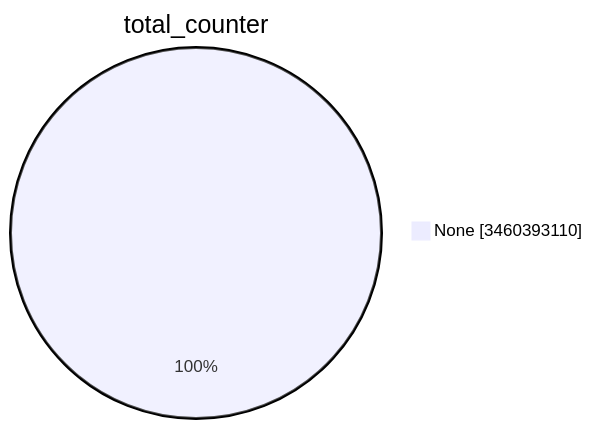
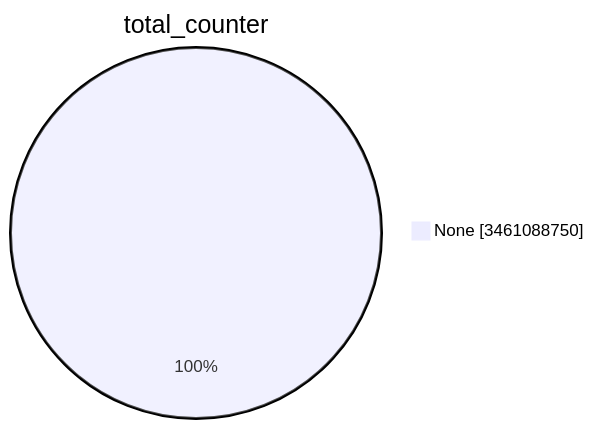
One commit to christiankrug/ctmonitor_visualization changed the first of 15 diagrams in TOTAL/README.md. Above: the diagram before and after it, drawn with Mermaid. The commit also changed other lines of this file, not shown here.

````diff
--- a/TOTAL/README.md
+++ b/TOTAL/README.md
@@ -1,5 +1,5 @@
 ```mermaid
 pie showData
 title total_counter
-"None" :3460393110
+"None" :3461088750
 ```
````
